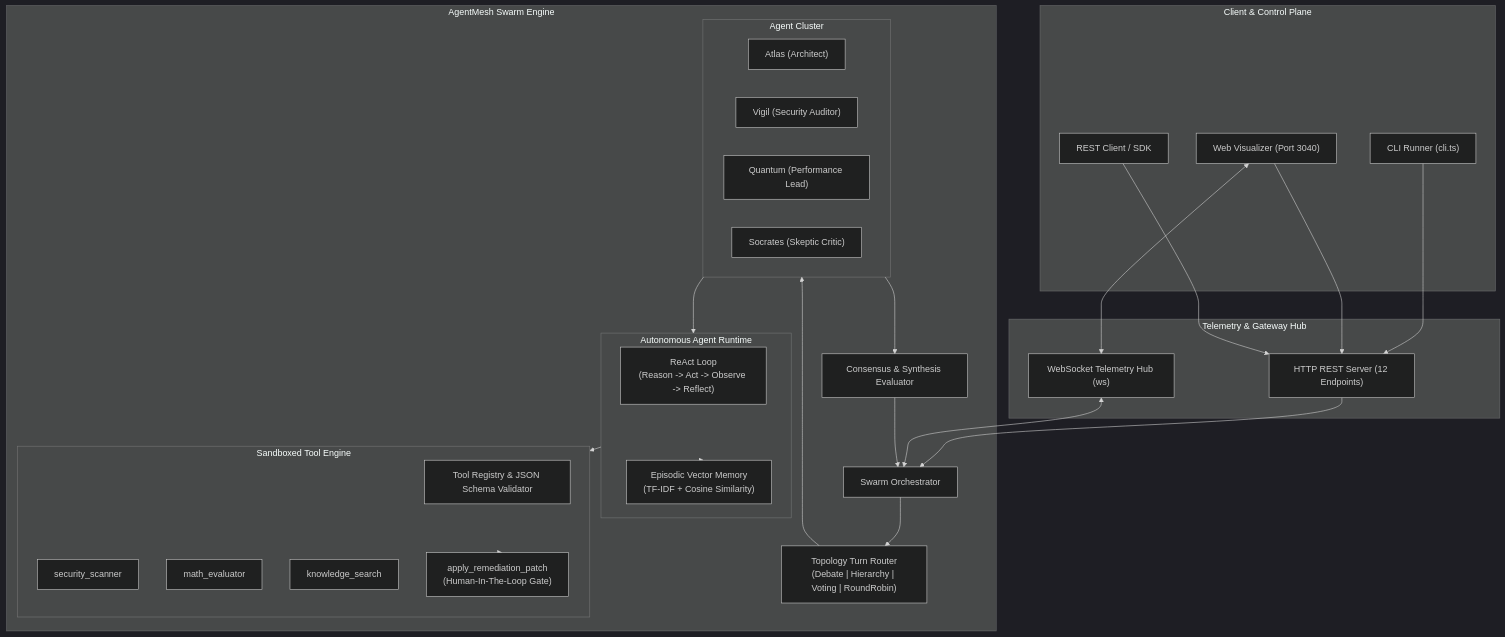
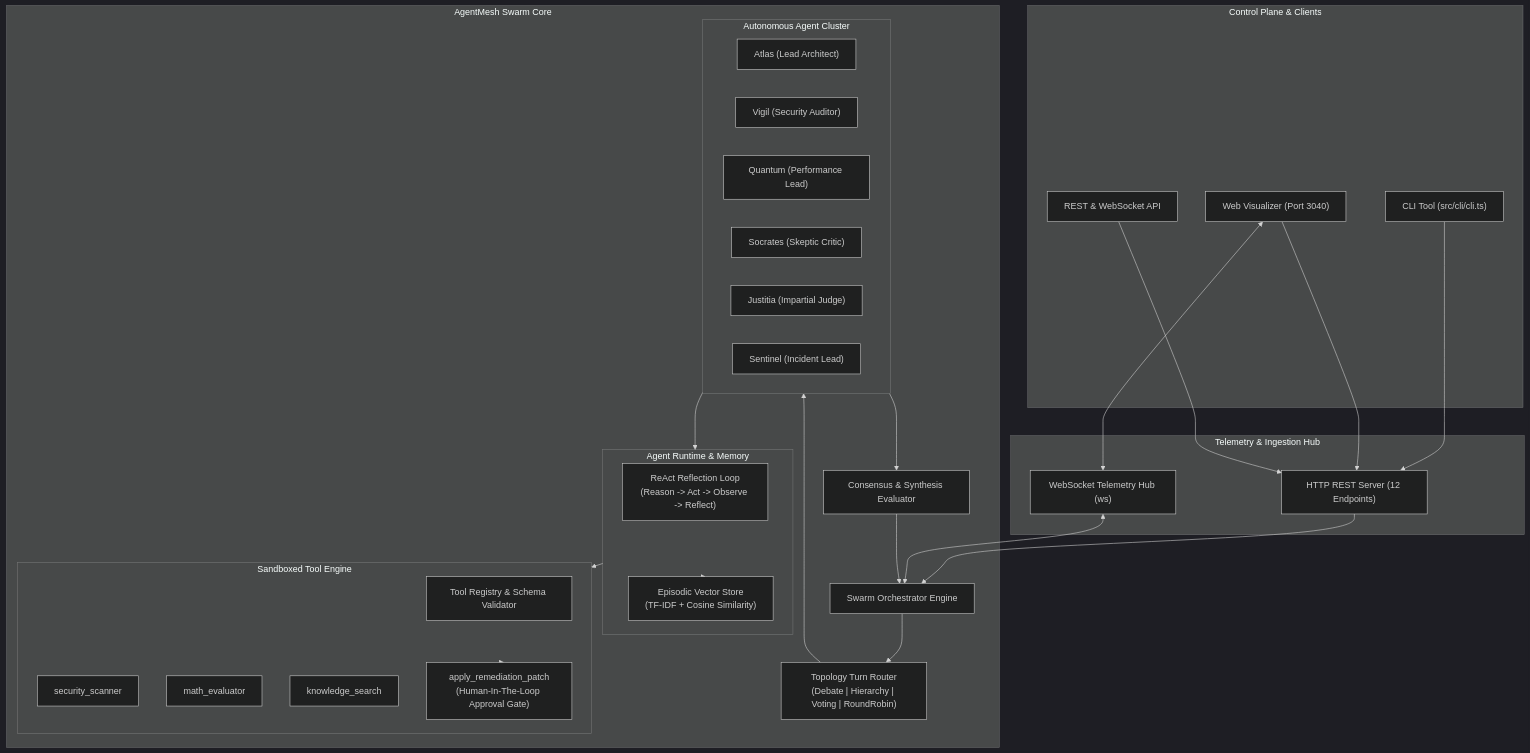
One commit to Hamidooh/agent-mesh changed the first of 2 diagrams in README.md. Above: the diagram before and after it, drawn with Mermaid (dark theme). The commit also changed other lines of this file and 2 other files, not shown here.

````diff
--- a/README.md
+++ b/README.md
@@ -63,56 +76,58 @@
 ```mermaid
 flowchart TD
-    subgraph ClientLayer["Client & Control Plane"]
-        CLI["CLI Runner (cli.ts)"]
+    subgraph ControlPlane["Control Plane & Clients"]
+        CLI["CLI Tool (src/cli/cli.ts)"]
         Dashboard["Web Visualizer (Port 3040)"]
-        RESTClient["REST Client / SDK"]
+        RESTClient["REST & WebSocket API"]
     end
 
-    subgraph ServerLayer["Telemetry & Gateway Hub"]
+    subgraph TelemetryGateway["Telemetry & Ingestion Hub"]
         HTTP["HTTP REST Server (12 Endpoints)"]
         WSS["WebSocket Telemetry Hub (ws)"]
     end
 
-    subgraph CoreEngine["AgentMesh Swarm Engine"]
-        Orchestrator["Swarm Orchestrator"]
+    subgraph SwarmCore["AgentMesh Swarm Core"]
+        Orchestrator["Swarm Orchestrator Engine"]
         Router["Topology Turn Router\n(Debate | Hierarchy | Voting | RoundRobin)"]
-        Consensus["Consensus & Synthesis Evaluator"]
+        ConsensusEngine["Consensus & Synthesis Evaluator"]
         
-        subgraph AgentMesh["Agent Cluster"]
-            A1["Atlas (Architect)"]
-            A2["Vigil (Security Auditor)"]
-            A3["Quantum (Performance Lead)"]
-            A4["Socrates (Skeptic Critic)"]
+        subgraph AgentCluster["Autonomous Agent Cluster"]
+            Atlas["Atlas (Lead Architect)"]
+            Vigil["Vigil (Security Auditor)"]
+            Quantum["Quantum (Performance Lead)"]
+            Socrates["Socrates (Skeptic Critic)"]
+            Justitia["Justitia (Impartial Judge)"]
+            Sentinel["Sentinel (Incident Lead)"]
         end
 
-        subgraph Runtime["Autonomous Agent Runtime"]
-            ReAct["ReAct Loop\n(Reason -> Act -> Observe -> Reflect)"]
-            VectorMem["Episodic Vector Memory\n(TF-IDF + Cosine Similarity)"]
+        subgraph RuntimeSubsystem["Agent Runtime & Memory"]
+            ReActLoop["ReAct Reflection Loop\n(Reason -> Act -> Observe -> Reflect)"]
+            VectorStore["Episodic Vector Store\n(TF-IDF + Cosine Similarity)"]
         end
 
         subgraph ToolSandbox["Sandboxed Tool Engine"]
-            Registry["Tool Registry & JSON Schema Validator"]
-            SecScan["security_scanner"]
-            MathEval["math_evaluator"]
-            Knowledge["knowledge_search"]
-            HITLGate["apply_remediation_patch\n(Human-In-The-Loop Gate)"]
+            ToolReg["Tool Registry & Schema Validator"]
+            SecTool["security_scanner"]
+            MathTool["math_evaluator"]
+            KnowledgeTool["knowledge_search"]
+            HITLGate["apply_remediation_patch\n(Human-In-The-Loop Approval Gate)"]
         end
     end
 
     CLI --> HTTP
     Dashboard <--> WSS
     Dashboard --> HTTP
     RESTClient --> HTTP
 
     HTTP --> Orchestrator
     WSS <--> Orchestrator
 
     Orchestrator --> Router
-    Router --> AgentMesh
-    AgentMesh --> Runtime
-    Runtime --> VectorMem
-    Runtime --> ToolSandbox
+    Router --> AgentCluster
+    AgentCluster --> RuntimeSubsystem
+    RuntimeSubsystem --> VectorStore
+    RuntimeSubsystem --> ToolSandbox
     ToolSandbox --> HITLGate
-    AgentMesh --> Consensus
-    Consensus --> Orchestrator
+    AgentCluster --> ConsensusEngine
+    ConsensusEngine --> Orchestrator
 ```
````
